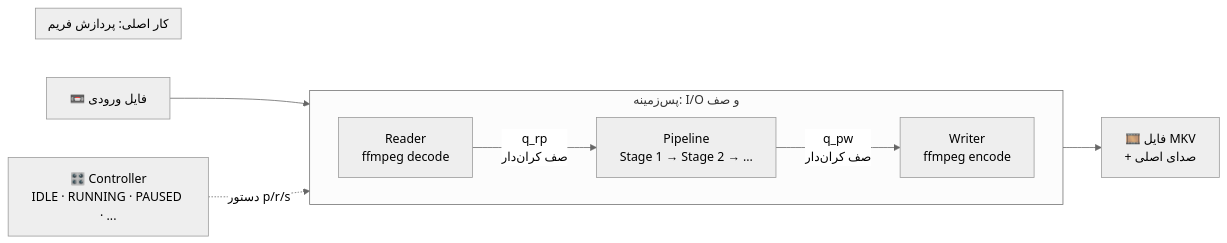
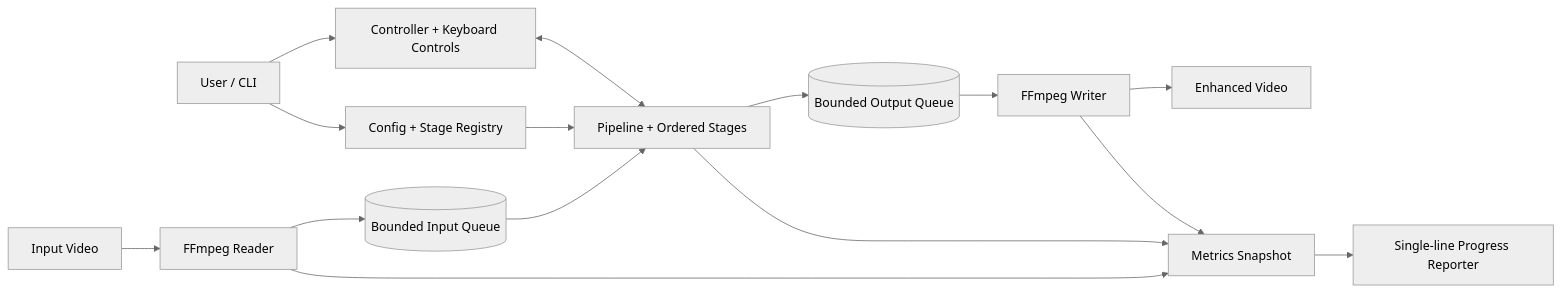
Before and after one commit to mahdisp1999/vidpipe: the diagram in ARCHITECTURE.md, drawn with Mermaid (neutral theme). The commit also changed other lines of this file and 34 other files, not shown here.

````diff
--- a/ARCHITECTURE.md
+++ b/ARCHITECTURE.md
@@ -13,20 +56,17 @@
 ```mermaid
 flowchart LR
-    IN[📼 فایل ورودی] --> R
-
-    subgraph Background [پس‌زمینه: I/O و صف]
-        direction LR
-        R[Reader<br/>ffmpeg decode] -- q_rp<br/>صف کران‌دار --> P
-        W[Writer<br/>ffmpeg encode] 
-    end
-
-    subgraph Primary [کار اصلی: پردازش فریم]
-        direction LR
-        P[Pipeline<br/>Stage 1 → Stage 2 → ...]
-    end
-
-    P -- q_pw<br/>صف کران‌دار --> W
-    W --> OUT[🎞️ فایل MKV<br/>+ صدای اصلی]
-
-    C[🎛️ Controller<br/>IDLE · RUNNING · PAUSED · ...] -. دستور p/r/s .-> P
+    U[User / CLI] --> C[Controller + Keyboard Controls]
+    U --> CFG[Config + Stage Registry]
+    IN[Input Video] --> R[FFmpeg Reader]
+    R --> IQ[(Bounded Input Queue)]
+    IQ --> P[Pipeline + Ordered Stages]
+    CFG --> P
+    P --> OQ[(Bounded Output Queue)]
+    OQ --> W[FFmpeg Writer]
+    W --> OUT[Enhanced Video]
+    P --> M[Metrics Snapshot]
+    R --> M
+    W --> M
+    M --> PR[Single-line Progress Reporter]
+    C <--> P
 ```
````
